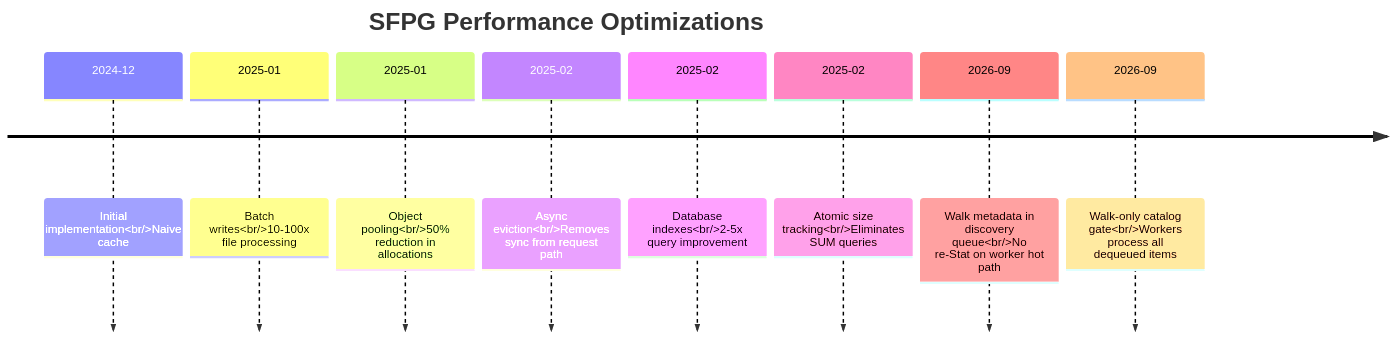
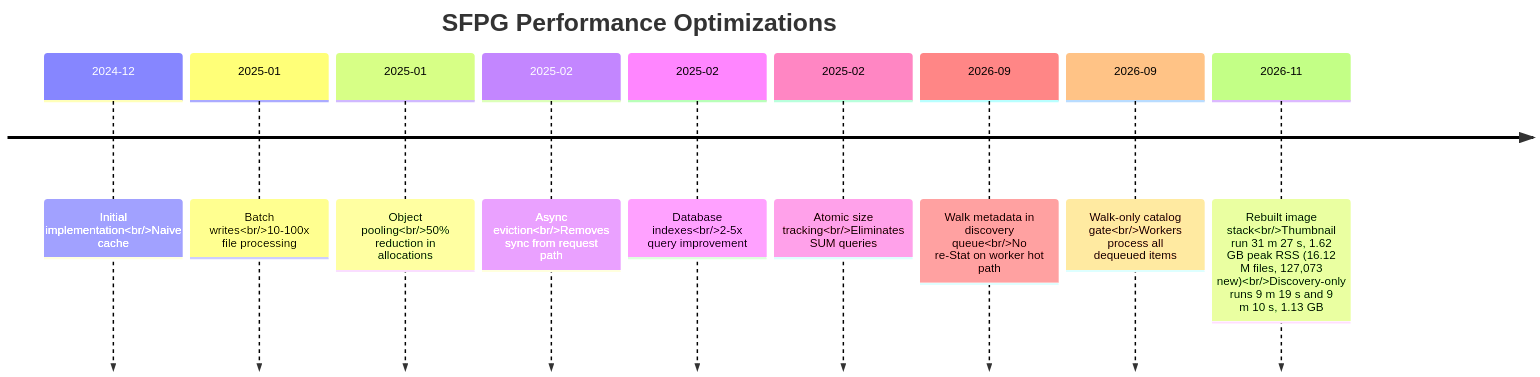
Before and after one commit to lbe/sfpg-go: diagram 20 of 20 in docs/ARCHITECTURE.md, drawn with Mermaid. The commit also changed other lines of this file and 241 other files, not shown here.

First line of the commit message:
feat: rebuild the image stack

````diff
--- a/docs/ARCHITECTURE.md
+++ b/docs/ARCHITECTURE.md
@@ -1894,12 +1909,13 @@
 ```mermaid
 timeline
     title SFPG Performance Optimizations
     2024-12 : Initial implementation<br/>Naive cache
     2025-01 : Batch writes<br/>10-100x file processing
     2025-01 : Object pooling<br/>50% reduction in allocations
     2025-02 : Async eviction<br/>Removes sync from request path
     2025-02 : Database indexes<br/>2-5x query improvement
     2025-02 : Atomic size tracking<br/>Eliminates SUM queries
     2026-09 : Walk metadata in discovery queue<br/>No re-Stat on worker hot path
     2026-09 : Walk-only catalog gate<br/>Workers process all dequeued items
+    2026-11 : Rebuilt image stack<br/>Thumbnail run 31 m 27 s, 1.62 GB peak RSS (16.12 M files, 127,073 new)<br/>Discovery-only runs 9 m 19 s and 9 m 10 s, 1.13 GB
 ```
````
